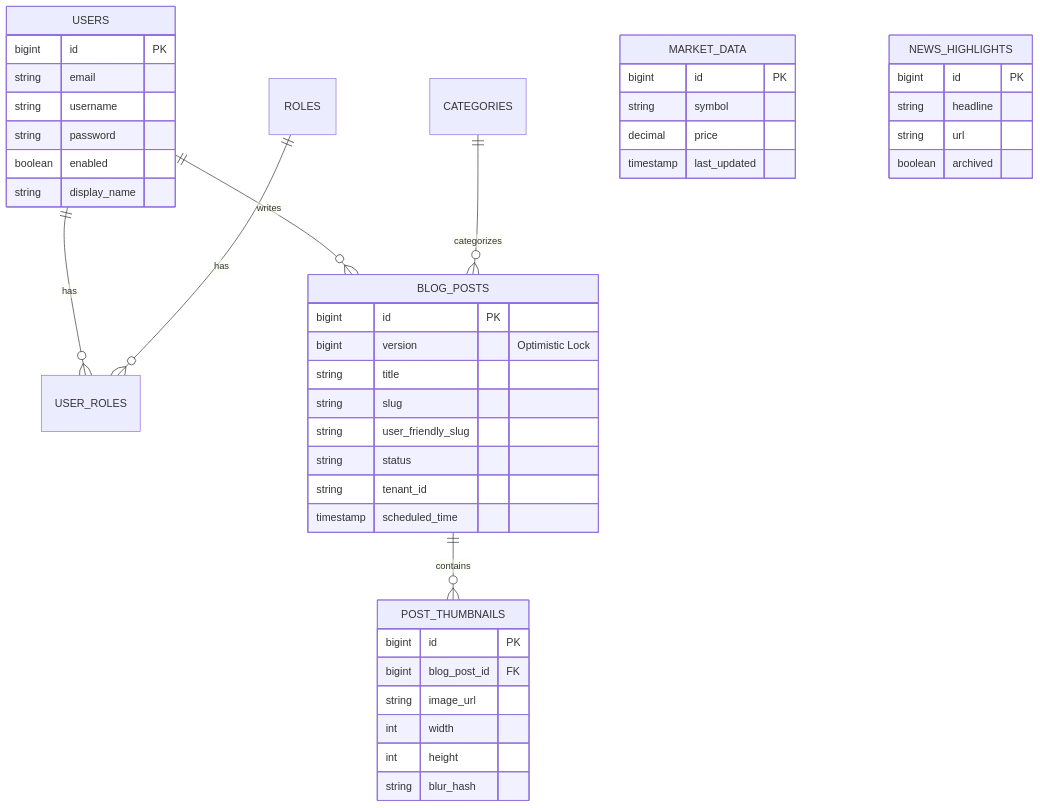
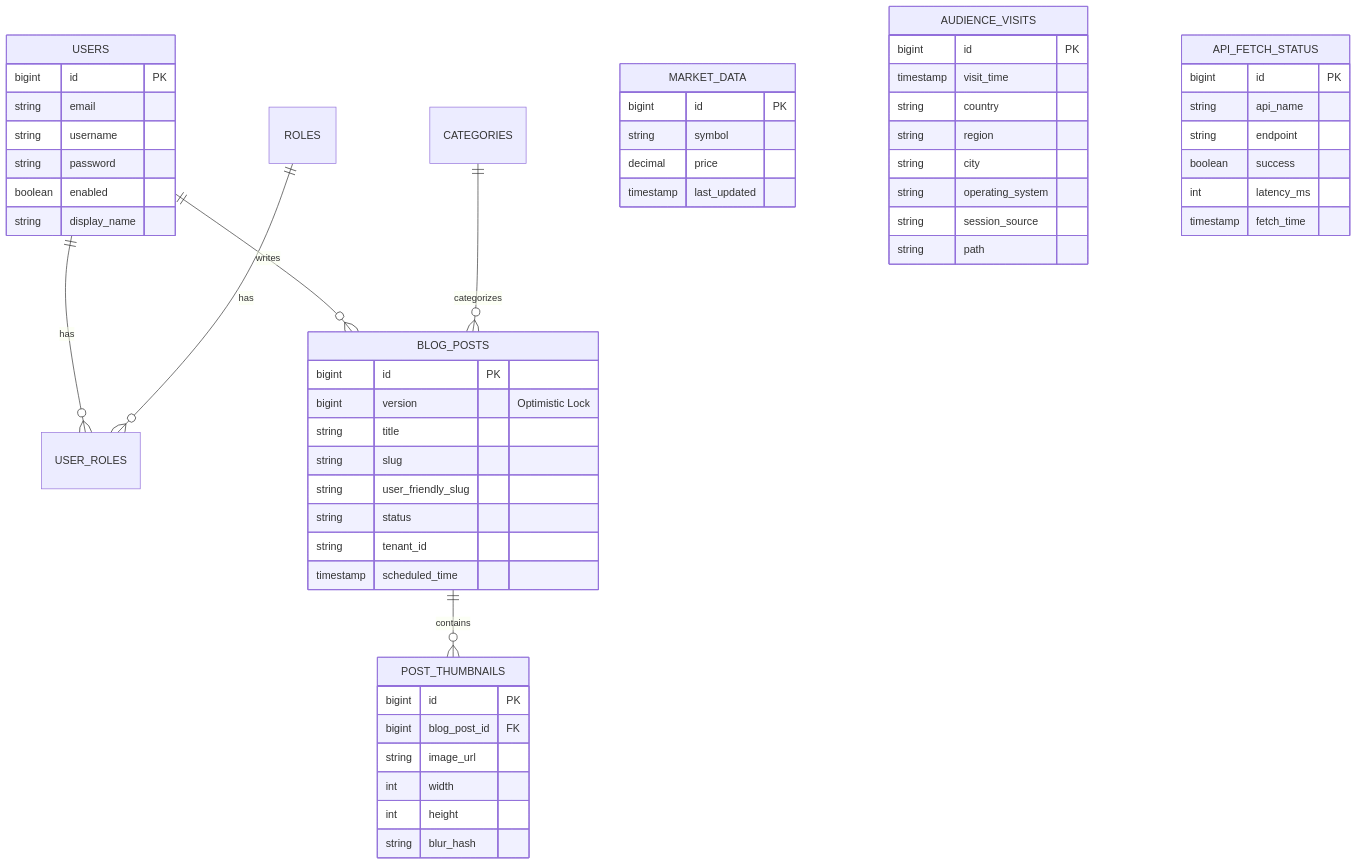
Before and after one commit to callitask/finance-api: the diagram in docs/05-DATABASE-SCHEMA.md, drawn with Mermaid. The commit also changed other lines of this file and 9 other files, not shown here.

Commit message:
docs: append 0ms TBT architecture and zero-trust third-party tag management to edge SEO ledger

````diff
--- a/docs/05-DATABASE-SCHEMA.md
+++ b/docs/05-DATABASE-SCHEMA.md
@@ -23,51 +24,64 @@
 ```mermaid
 erDiagram
     USERS ||--o{ USER_ROLES : has
     ROLES ||--o{ USER_ROLES : has
     USERS ||--o{ BLOG_POSTS : writes
     CATEGORIES ||--o{ BLOG_POSTS : categorizes
     BLOG_POSTS ||--o{ POST_THUMBNAILS : contains
     
     BLOG_POSTS {
         bigint id PK
         bigint version "Optimistic Lock"
         string title
         string slug
         string user_friendly_slug
         string status
         string tenant_id
         timestamp scheduled_time
     }
 
     POST_THUMBNAILS {
         bigint id PK
         bigint blog_post_id FK
         string image_url
         int width
         int height
         string blur_hash
     }
 
     USERS {
         bigint id PK
         string email
         string username
         string password
         boolean enabled
         string display_name
     }
 
     MARKET_DATA {
         bigint id PK
         string symbol
         decimal price
         timestamp last_updated
     }
 
-    NEWS_HIGHLIGHTS {
+    AUDIENCE_VISITS {
         bigint id PK
-        string headline
-        string url
-        boolean archived
+        timestamp visit_time
+        string country
+        string region
+        string city
+        string operating_system
+        string session_source
+        string path
+    }
+
+    API_FETCH_STATUS {
+        bigint id PK
+        string api_name
+        string endpoint
+        boolean success
+        int latency_ms
+        timestamp fetch_time
     }
 ```
````
